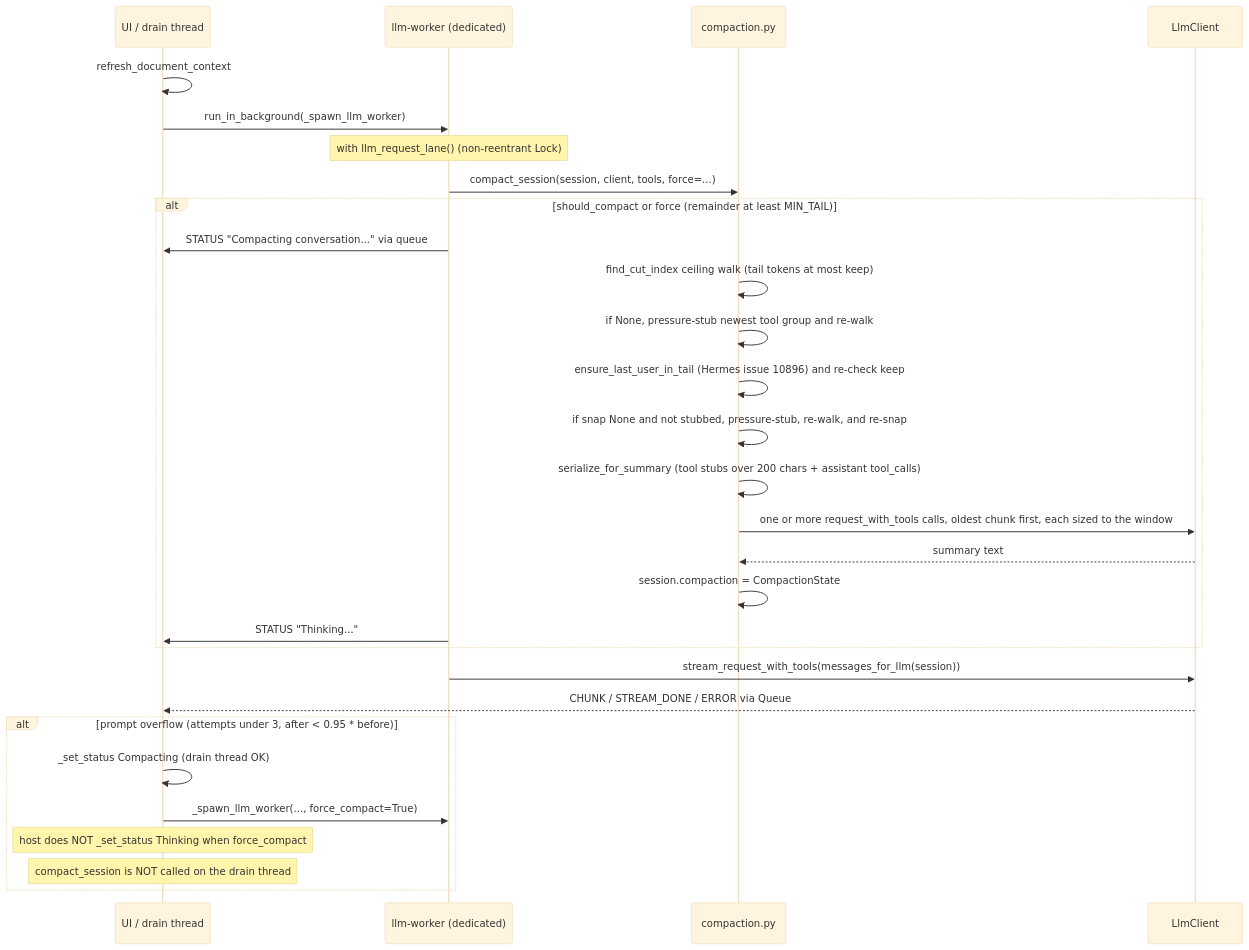
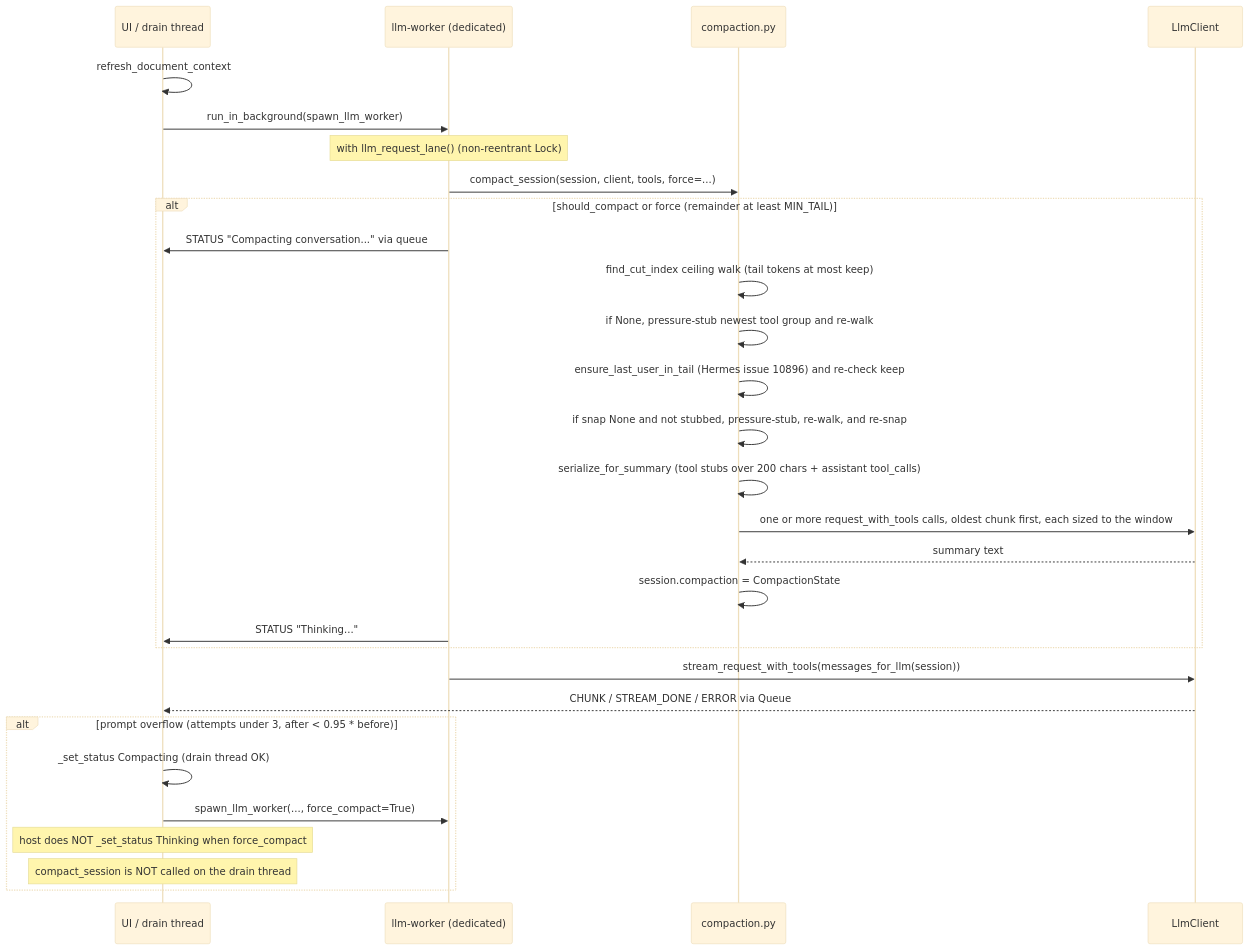
One commit to KeithCu/writeragent changed the second of 2 diagrams in docs/chat/compaction-dev-plan.md. Above: the diagram before and after it, drawn with Mermaid (base theme). The commit also changed other lines of this file and 68 other files, not shown here.

````diff
--- a/docs/chat/compaction-dev-plan.md
+++ b/docs/chat/compaction-dev-plan.md
@@ -69,31 +69,31 @@
 ```mermaid
 sequenceDiagram
   participant UI as UI / drain thread
   participant W as llm-worker (dedicated)
   participant C as compaction.py
   participant LLM as LlmClient
   UI->>UI: refresh_document_context
-  UI->>W: run_in_background(_spawn_llm_worker)
+  UI->>W: run_in_background(spawn_llm_worker)
   Note over W: with llm_request_lane() (non-reentrant Lock)
   W->>C: compact_session(session, client, tools, force=...)
   alt should_compact or force (remainder at least MIN_TAIL)
     W->>UI: STATUS "Compacting conversation..." via queue
     C->>C: find_cut_index ceiling walk (tail tokens at most keep)
     C->>C: if None, pressure-stub newest tool group and re-walk
     C->>C: ensure_last_user_in_tail (Hermes issue 10896) and re-check keep
     C->>C: if snap None and not stubbed, pressure-stub, re-walk, and re-snap
     C->>C: serialize_for_summary (tool stubs over 200 chars + assistant tool_calls)
     C->>LLM: one or more request_with_tools calls, oldest chunk first, each sized to the window
     LLM-->>C: summary text
     C->>C: session.compaction = CompactionState
     W->>UI: STATUS "Thinking..."
   end
   W->>LLM: stream_request_with_tools(messages_for_llm(session))
   LLM-->>UI: CHUNK / STREAM_DONE / ERROR via Queue
   alt prompt overflow (attempts under 3, after < 0.95 * before)
     UI->>UI: _set_status Compacting (drain thread OK)
-    UI->>W: _spawn_llm_worker(..., force_compact=True)
+    UI->>W: spawn_llm_worker(..., force_compact=True)
     Note over UI: host does NOT _set_status Thinking when force_compact
     Note over UI: compact_session is NOT called on the drain thread
   end
 ```
````
